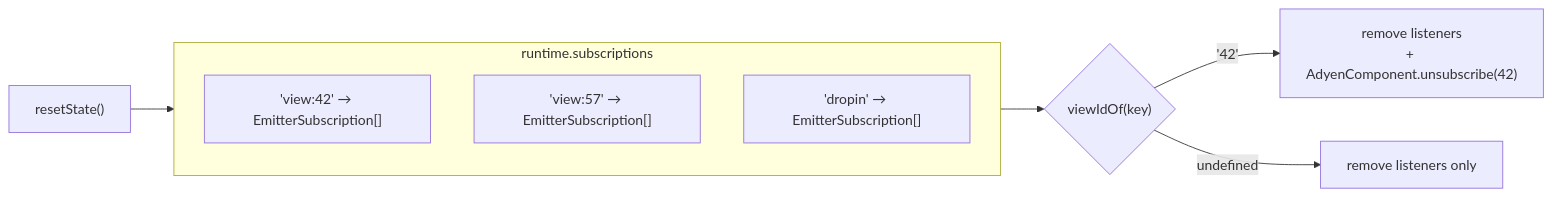
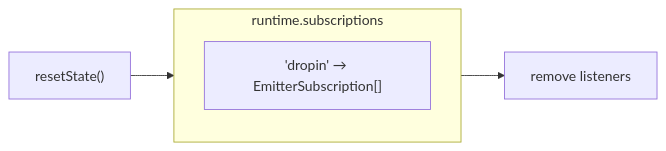
The sixth of 6 diagrams in docs/js-architecture.md (Adyen/adyen-react-native), drawn with Mermaid before and after one commit. The commit also changed other lines of this file and 2 other files, not shown here.

````diff
--- a/docs/js-architecture.md
+++ b/docs/js-architecture.md
@@ -298,13 +250,9 @@
 ```mermaid
 flowchart LR
   subgraph M["runtime.subscriptions"]
-    K1["'view:42' → EmitterSubscription[]"]
-    K2["'view:57' → EmitterSubscription[]"]
     K3["'dropin' → EmitterSubscription[]"]
   end
 
   R["resetState()"] --> M
-  M --> Q{"viewIdOf(key)"}
-  Q -->|"'42'"| NU["remove listeners<br/>+ AdyenComponent.unsubscribe(42)"]
-  Q -->|undefined| JU["remove listeners only"]
+  M --> JU["remove listeners"]
 ```
````
